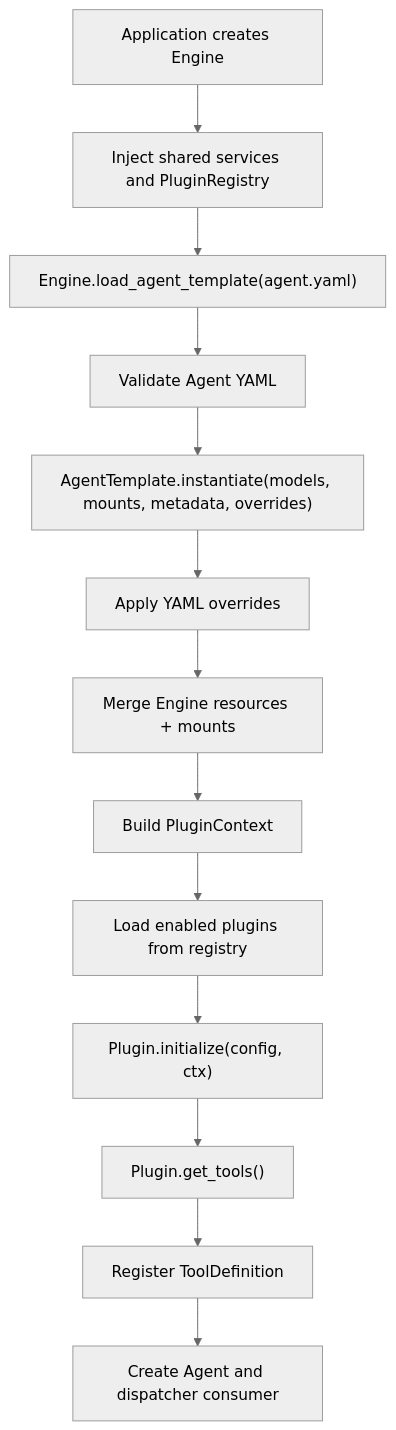
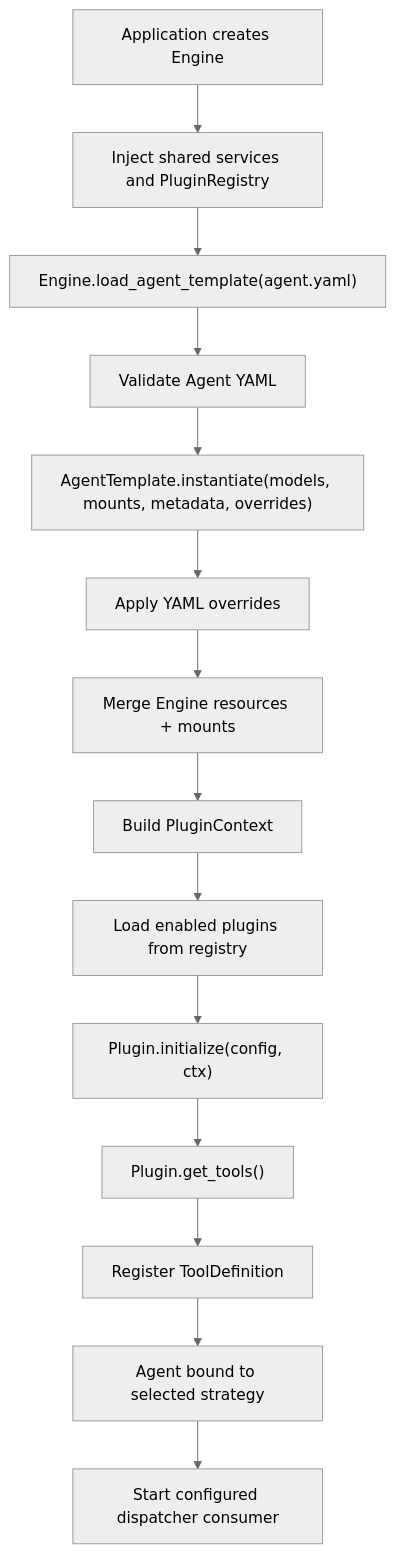
Before and after one commit to axclogo/AxcAgentEngine: the first of 2 diagrams in README.md, drawn with Mermaid (neutral theme). The commit also changed other lines of this file and 382 other files, not shown here.

````diff
--- a/README.md
+++ b/README.md
@@ -446,15 +461,16 @@
 ```mermaid
 flowchart TD
     A["Application creates Engine"] --> B["Inject shared services and PluginRegistry"]
     B --> C["Engine.load_agent_template(agent.yaml)"]
     C --> D["Validate Agent YAML"]
     D --> E["AgentTemplate.instantiate(models, mounts, metadata, overrides)"]
     E --> F["Apply YAML overrides"]
     F --> G["Merge Engine resources + mounts"]
     G --> H["Build PluginContext"]
     H --> I["Load enabled plugins from registry"]
     I --> J["Plugin.initialize(config, ctx)"]
     J --> K["Plugin.get_tools()"]
     K --> L["Register ToolDefinition"]
-    L --> M["Create Agent and dispatcher consumer"]
+    L --> M["Agent bound to selected strategy"]
+    M --> N["Start configured dispatcher consumer"]
 ```
````
